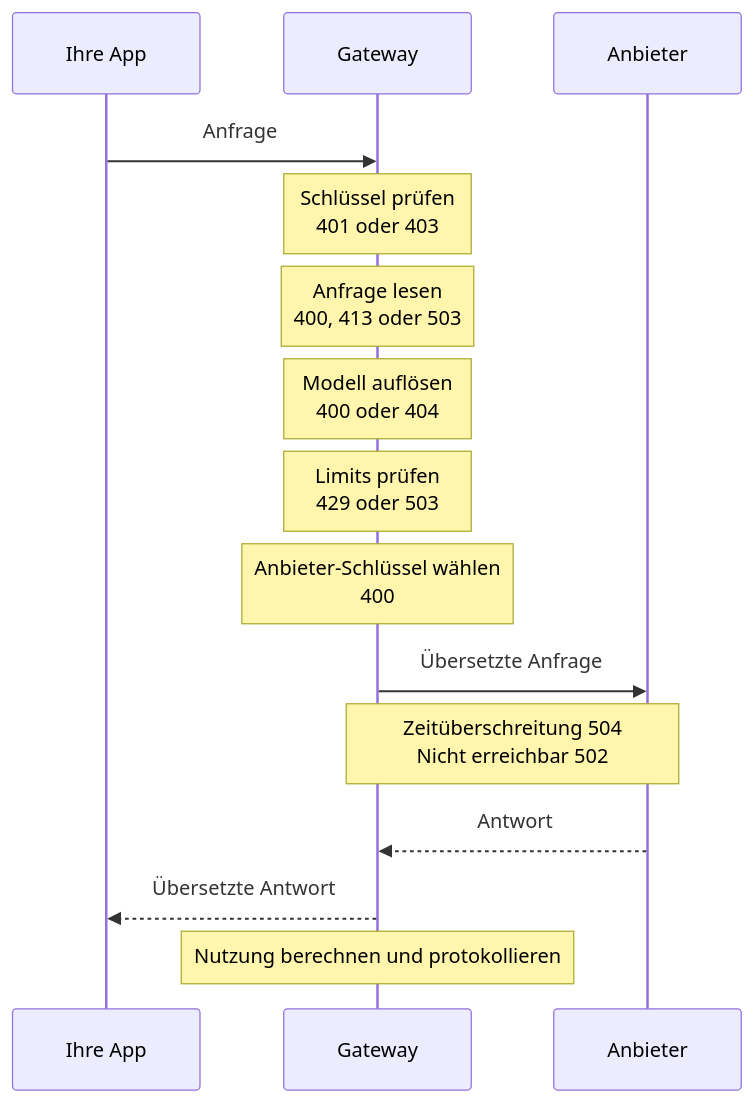
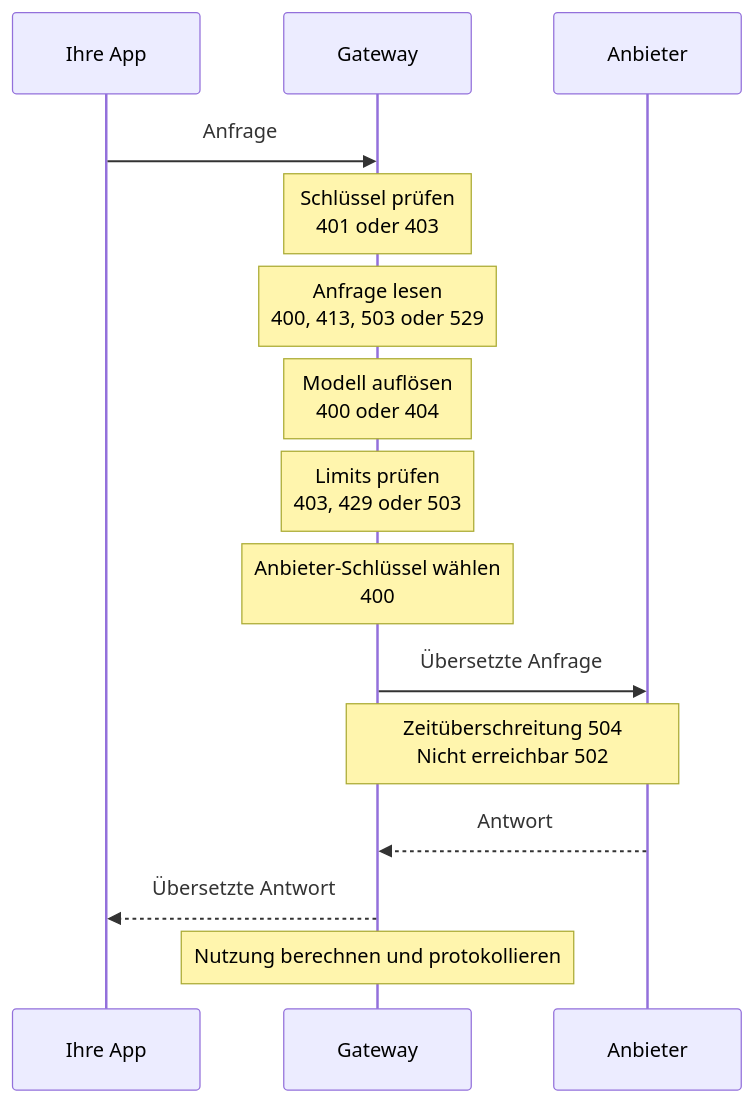
The diagram in apps/docs/content/de/concepts/request-flow.md (logicplanes/kaeso), drawn with Mermaid before and after one commit. The commit also changed other lines of this file and 17 other files, not shown here.

First line of the commit message:
Docs: give the real answers for limits and a busy gateway

````diff
--- a/apps/docs/content/de/concepts/request-flow.md
+++ b/apps/docs/content/de/concepts/request-flow.md
@@ -9,19 +9,19 @@
 ```mermaid
 sequenceDiagram
   accTitle: Ablauf einer Anfrage
   accDescr: Die App sendet eine Anfrage an das Gateway. Das Gateway prüft den Schlüssel, liest die Anfrage, löst das Modell auf, prüft die Limits und wählt den Anbieter-Schlüssel; jede Prüfung kann die Anfrage mit den gezeigten Status ablehnen. Es sendet die übersetzte Anfrage an den Anbieter, gibt die übersetzte Antwort an die App zurück und berechnet dann die Nutzung und protokolliert die Anfrage.
   participant App as Ihre App
   participant Gateway
   participant Provider as Anbieter
   App->>Gateway: Anfrage
   Note over Gateway: Schlüssel prüfen<br>401 oder 403
-  Note over Gateway: Anfrage lesen<br>400, 413 oder 503
+  Note over Gateway: Anfrage lesen<br>400, 413, 503 oder 529
   Note over Gateway: Modell auflösen<br>400 oder 404
-  Note over Gateway: Limits prüfen<br>429 oder 503
+  Note over Gateway: Limits prüfen<br>403, 429 oder 503
   Note over Gateway: Anbieter-Schlüssel wählen<br>400
   Gateway->>Provider: Übersetzte Anfrage
   Note over Gateway,Provider: Zeitüberschreitung 504<br>Nicht erreichbar 502
   Provider-->>Gateway: Antwort
   Gateway-->>App: Übersetzte Antwort
   Note over Gateway: Nutzung berechnen und protokollieren
 ```
````
